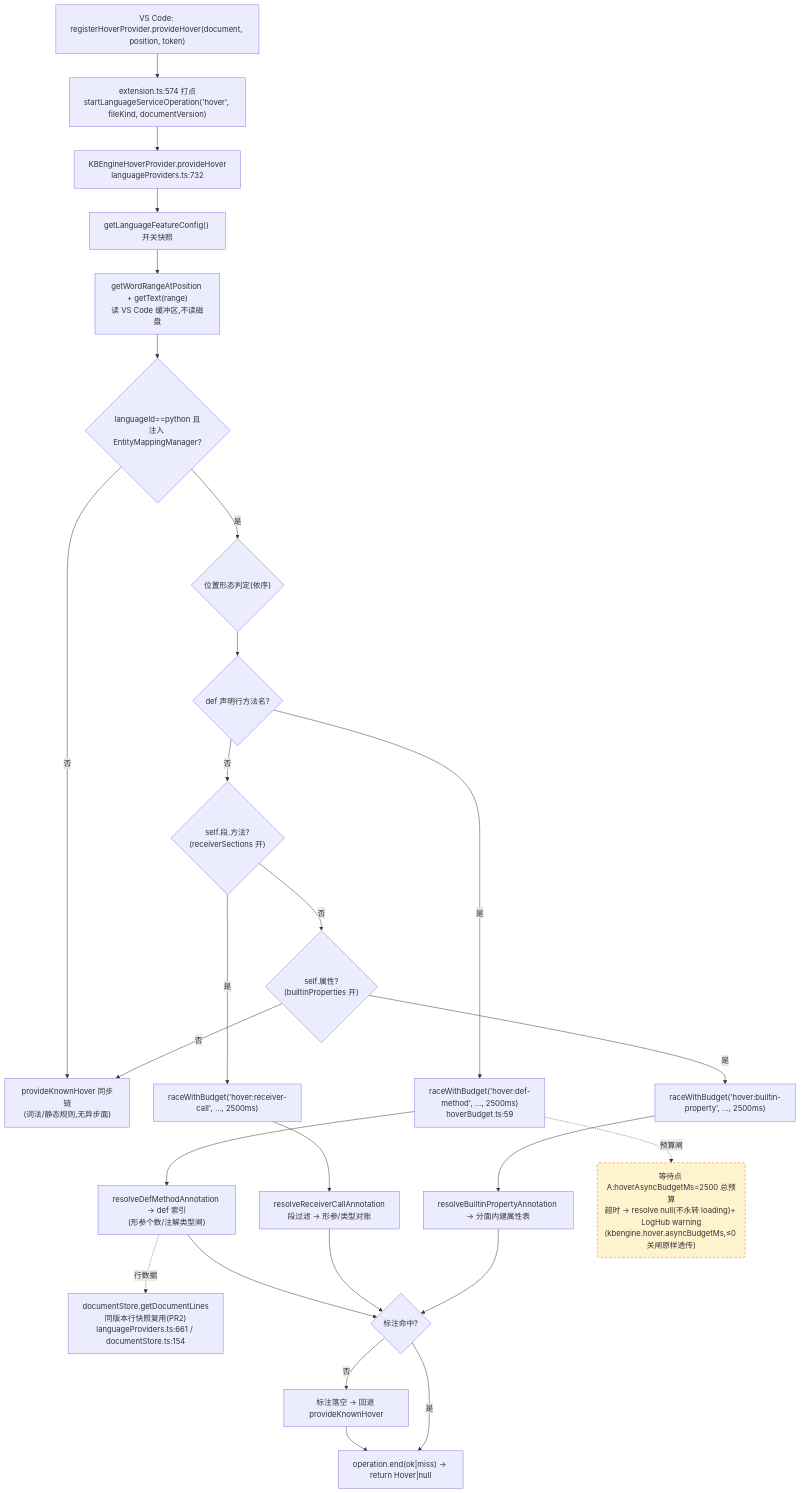
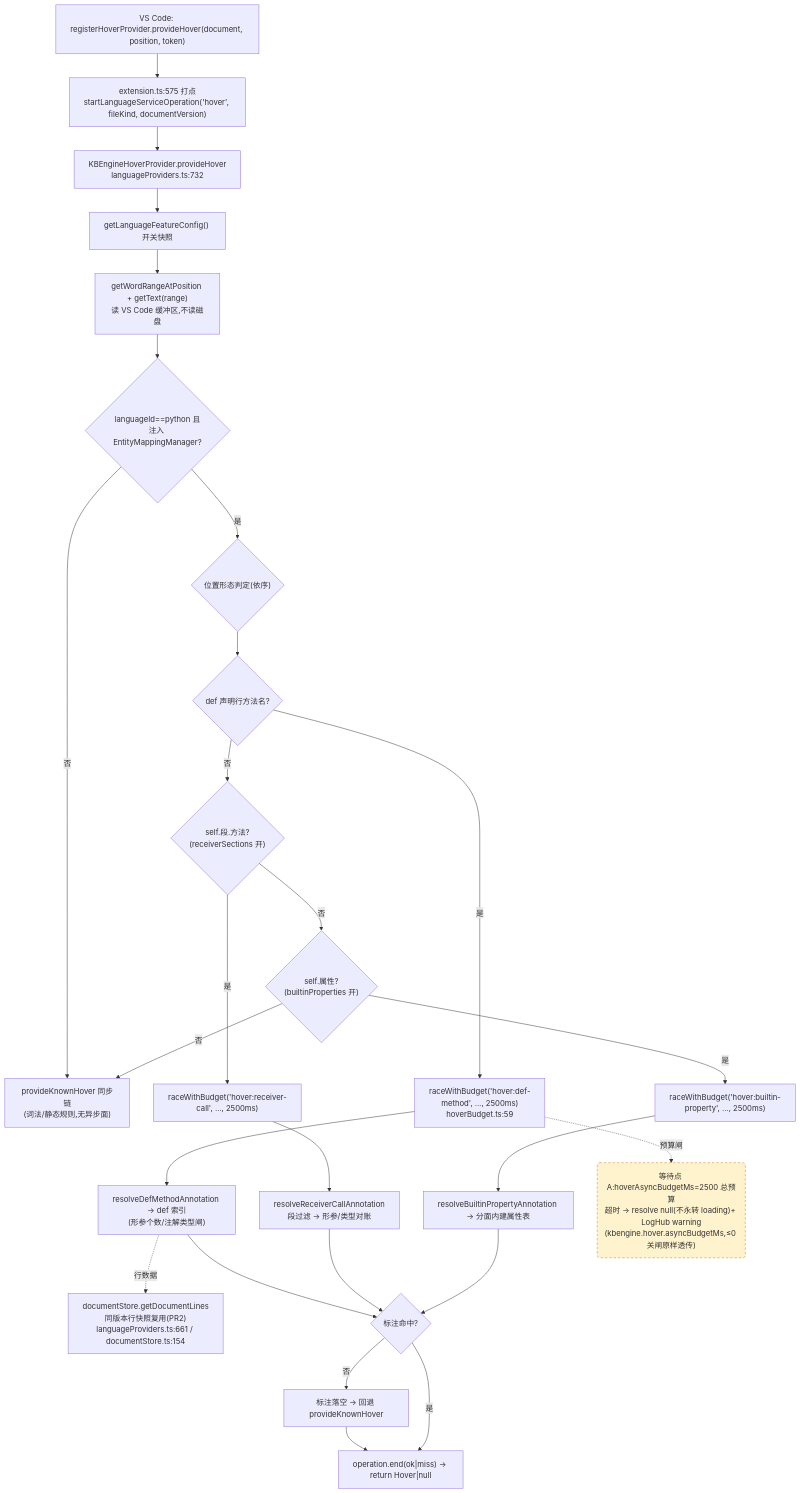
One commit to cuihairu/kode changed the first of 4 diagrams in docs/perf/2026-baseline.md. Above: the diagram before and after it, drawn with Mermaid. The commit also changed other lines of this file and 7 other files, not shown here.

````diff
--- a/docs/perf/2026-baseline.md
+++ b/docs/perf/2026-baseline.md
@@ -82,45 +82,45 @@
 ```mermaid
 flowchart TD
   VC1["VS Code: registerHoverProvider.provideHover(document, position, token)"]
-  M1["extension.ts:574 打点<br/>startLanguageServiceOperation('hover', fileKind, documentVersion)"]
+  M1["extension.ts:575 打点<br/>startLanguageServiceOperation('hover', fileKind, documentVersion)"]
   HP["KBEngineHoverProvider.provideHover<br/>languageProviders.ts:732"]
   CFG["getLanguageFeatureConfig() 开关快照"]
   WORD["getWordRangeAtPosition + getText(range)<br/>读 VS Code 缓冲区,不读磁盘"]
   BR{"languageId==python 且<br/>注入 EntityMappingManager?"}
   KN["provideKnownHover 同步链<br/>(词法/静态规则,无异步面)"]
   POS{"位置形态判定(依序)"}
   D1{"def 声明行方法名?"}
   D2{"self.段.方法?<br/>(receiverSections 开)"}
   D3{"self.属性?<br/>(builtinProperties 开)"}
   RA1["raceWithBudget('hover:def-method', …, 2500ms)<br/>hoverBudget.ts:59"]
   RA2["raceWithBudget('hover:receiver-call', …, 2500ms)"]
   RA3["raceWithBudget('hover:builtin-property', …, 2500ms)"]
   RS1["resolveDefMethodAnnotation → def 索引<br/>(形参个数/注解类型闸)"]
   RS2["resolveReceiverCallAnnotation<br/>段过滤 → 形参/类型对账"]
   RS3["resolveBuiltinPropertyAnnotation → 分面内建属性表"]
   LINES["documentStore.getDocumentLines<br/>同版本行快照复用(PR2)<br/>languageProviders.ts:661 / documentStore.ts:154"]
   MISS["标注落空 → 回退 provideKnownHover"]
   END1["operation.end(ok|miss) → return Hover|null"]
 
   VC1 --> M1 --> HP --> CFG --> WORD --> BR
   BR -- "否" --> KN
   BR -- "是" --> POS --> D1
   D1 -- "是" --> RA1 --> RS1
   D1 -- "否" --> D2
   D2 -- "是" --> RA2 --> RS2
   D2 -- "否" --> D3
   D3 -- "是" --> RA3 --> RS3
   D3 -- "否" --> KN
   RS1 --> HIT{"标注命中?"}
   RS2 --> HIT
   RS3 --> HIT
   RS1 -.->|行数据| LINES
   HIT -- "否" --> MISS --> END1
   HIT -- "是" --> END1
 
   WAITA("等待点 A:hoverAsyncBudgetMs=2500 总预算<br/>超时 → resolve null(不永转 loading)+ LogHub warning<br/>(kbengine.hover.asyncBudgetMs,≤0 关闸原样透传)")
   RA1 -.->|预算闸| WAITA
 
   classDef waitPoint fill:#fff3cd,stroke:#d97706,stroke-dasharray:5 4;
   class WAITA waitPoint;
 ```
````
